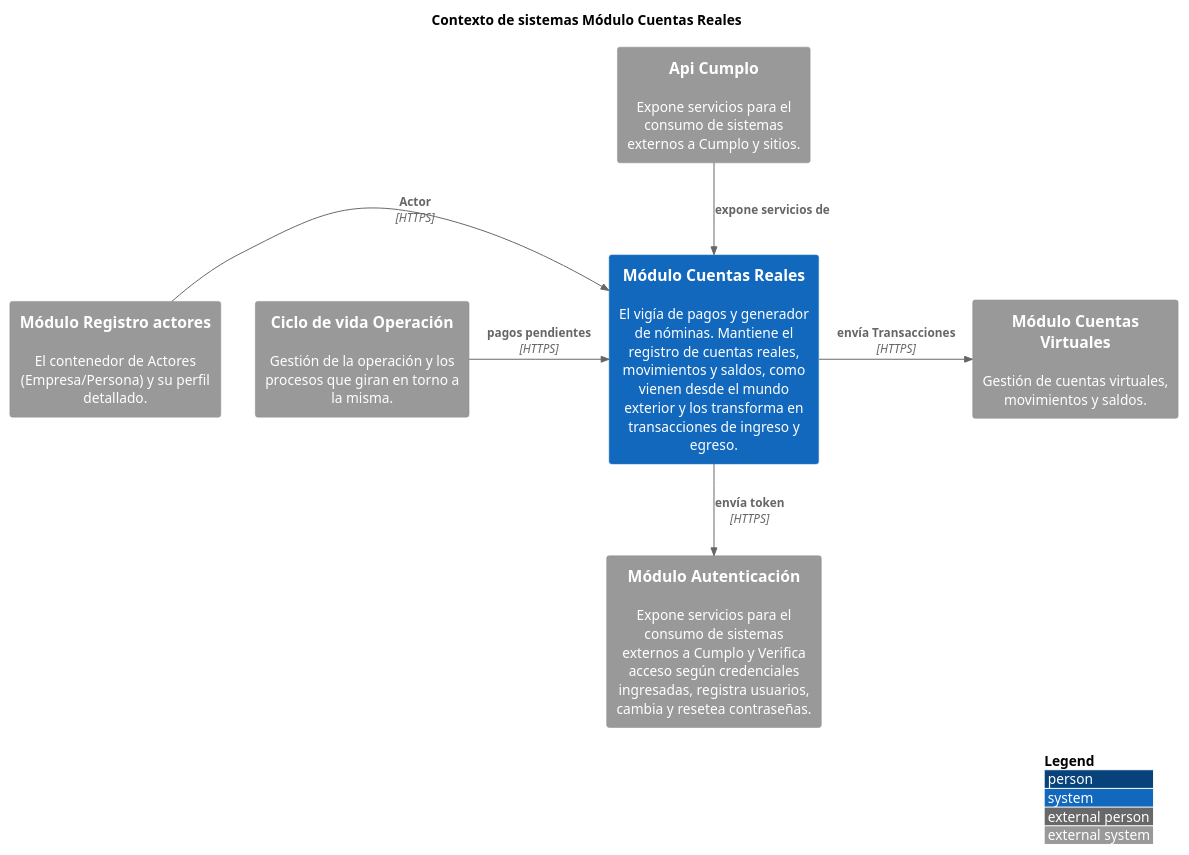
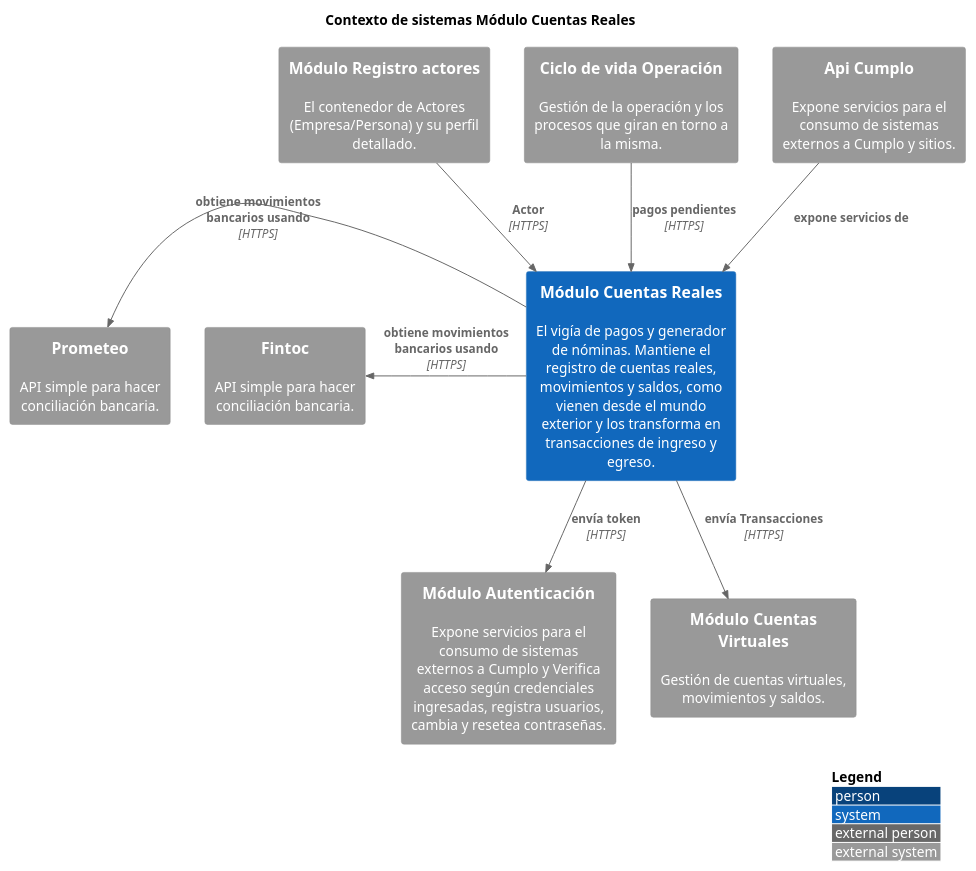
One commit to kpeet/koyweC4 changed the diagram in CuentasReales/ContextoCuentasReales.puml. Above: the diagram before and after it, drawn with PlantUML. The commit also changed 1 other file, not shown here.

Commit message:
sistemas externos en diagramas de contexto

```diff
--- a/CuentasReales/ContextoCuentasReales.puml
+++ b/CuentasReales/ContextoCuentasReales.puml
@@ -1,28 +1,38 @@
 @startuml
 !include https://raw.githubusercontent.com/plantuml-stdlib/C4-PlantUML/master/C4_Context.puml
 ' uncomment the following line and comment the first to use locally
 ' !include C4_Context.puml
 
 LAYOUT_WITH_LEGEND()
 
 title Contexto de sistemas Módulo Cuentas Reales
 
 System( modulo_cuentas_reales, "Módulo Cuentas Reales", "El vigía de pagos y generador de nóminas. Mantiene el registro de cuentas reales, movimientos y saldos, como vienen desde el mundo exterior y los transforma en transacciones de ingreso y egreso.")
 
 
 System_Ext(modulo_autenticacion, "Módulo Autenticación", "Expone servicios para el consumo de sistemas externos a Cumplo y Verifica acceso según credenciales ingresadas, registra usuarios, cambia y resetea contraseñas.")
 System_Ext(modulo_registro_actores, "Módulo Registro actores", "El contenedor de Actores (Empresa/Persona) y su perfil detallado.")
 System_Ext(modulo_cuentas_virtuales, "Módulo Cuentas Virtuales", "Gestión de cuentas virtuales, movimientos y saldos.")
 System_Ext(modulo_operaciones, "Ciclo de vida Operación", "Gestión de la operación y los procesos que giran en torno a la misma.")
 System_Ext(modulo_api_cumplo, "Api Cumplo", "Expone servicios para el consumo de sistemas externos a Cumplo y sitios.")
 
+System_Ext(fintoc, "Fintoc", "API simple para hacer conciliación bancaria.")
+System_Ext(prometeo, "Prometeo", "API simple para hacer conciliación bancaria.")
 
 
 
-Rel_Neighbor(modulo_registro_actores, modulo_cuentas_reales, "Actor", "HTTPS")
-Rel_Neighbor(modulo_cuentas_reales, modulo_cuentas_virtuales, "envía Transacciones", "HTTPS")
-Rel_Neighbor(modulo_operaciones, modulo_cuentas_reales, "pagos pendientes", "HTTPS")
+'Relaciones sistema/módulos
+
+Rel(modulo_registro_actores, modulo_cuentas_reales, "Actor", "HTTPS")
+Rel(modulo_cuentas_reales, modulo_cuentas_virtuales, "envía Transacciones", "HTTPS")
+Rel(modulo_operaciones, modulo_cuentas_reales, "pagos pendientes", "HTTPS")
 Rel(modulo_cuentas_reales, modulo_autenticacion, "envía token", "HTTPS")
 Rel(modulo_api_cumplo, modulo_cuentas_reales, "expone servicios de")
 
+'Relaciones módulos/sistemas externos
+Rel_L( modulo_cuentas_reales,fintoc, "obtiene movimientos bancarios usando", "HTTPS")
+Rel_L( modulo_cuentas_reales,prometeo, "obtiene movimientos bancarios usando", "HTTPS")
+
+
+
 @enduml
```
